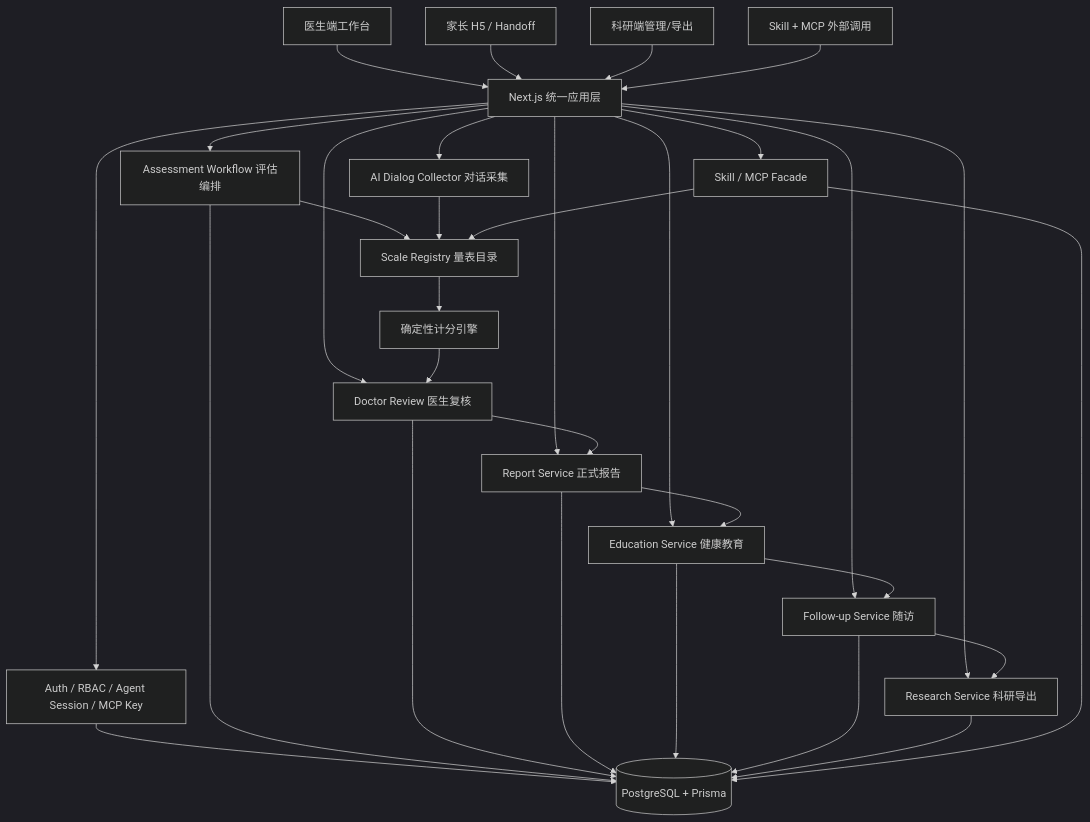
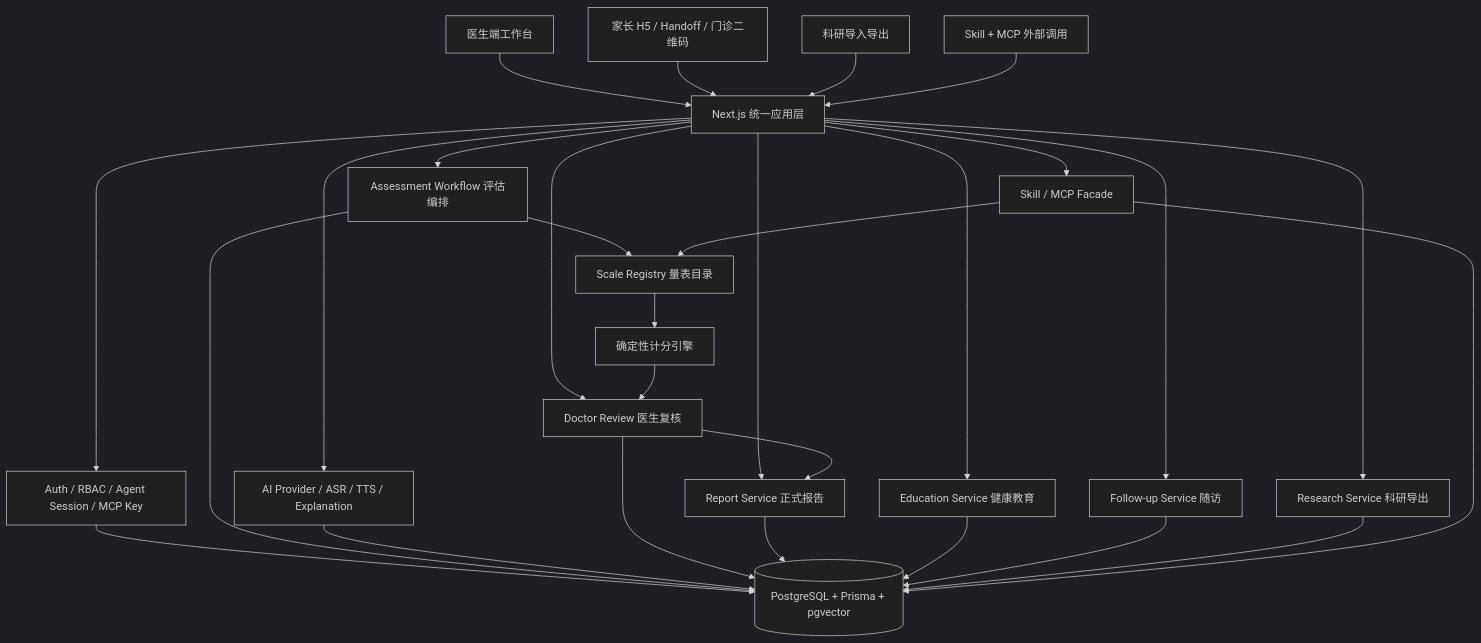
Before and after one commit to Handsome5201314/AIliangbiao: the diagram in docs/developmental-behavior-closure/02_ARCHITECTURE.md, drawn with Mermaid (dark theme). The commit also changed other lines of this file and 101 other files, not shown here.

````diff
--- a/docs/developmental-behavior-closure/02_ARCHITECTURE.md
+++ b/docs/developmental-behavior-closure/02_ARCHITECTURE.md
@@ -7,36 +9,33 @@
 ```mermaid
 flowchart TD
     Doctor["医生端工作台"] --> App["Next.js 统一应用层"]
-    Parent["家长 H5 / Handoff"] --> App
-    Research["科研端管理/导出"] --> App
+    Parent["家长 H5 / Handoff / 门诊二维码"] --> App
+    Research["科研导入导出"] --> App
     Skill["Skill + MCP 外部调用"] --> App
 
     App --> Auth["Auth / RBAC / Agent Session / MCP Key"]
     App --> Workflow["Assessment Workflow 评估编排"]
-    App --> AiCollector["AI Dialog Collector 对话采集"]
+    App --> AI["AI Provider / ASR / TTS / Explanation"]
     App --> Review["Doctor Review 医生复核"]
     App --> Report["Report Service 正式报告"]
     App --> Education["Education Service 健康教育"]
     App --> Followup["Follow-up Service 随访"]
     App --> Export["Research Service 科研导出"]
     App --> Facade["Skill / MCP Facade"]
 
     Workflow --> Registry["Scale Registry 量表目录"]
-    AiCollector --> Registry
     Facade --> Registry
     Registry --> Engine["确定性计分引擎"]
     Engine --> Review
     Review --> Report
-    Report --> Education
-    Education --> Followup
-    Followup --> Export
 
-    Auth --> DB[("PostgreSQL + Prisma")]
+    Auth --> DB[("PostgreSQL + Prisma + pgvector")]
     Workflow --> DB
+    AI --> DB
     Review --> DB
     Report --> DB
     Education --> DB
     Followup --> DB
     Export --> DB
     Facade --> DB
 ```
````
